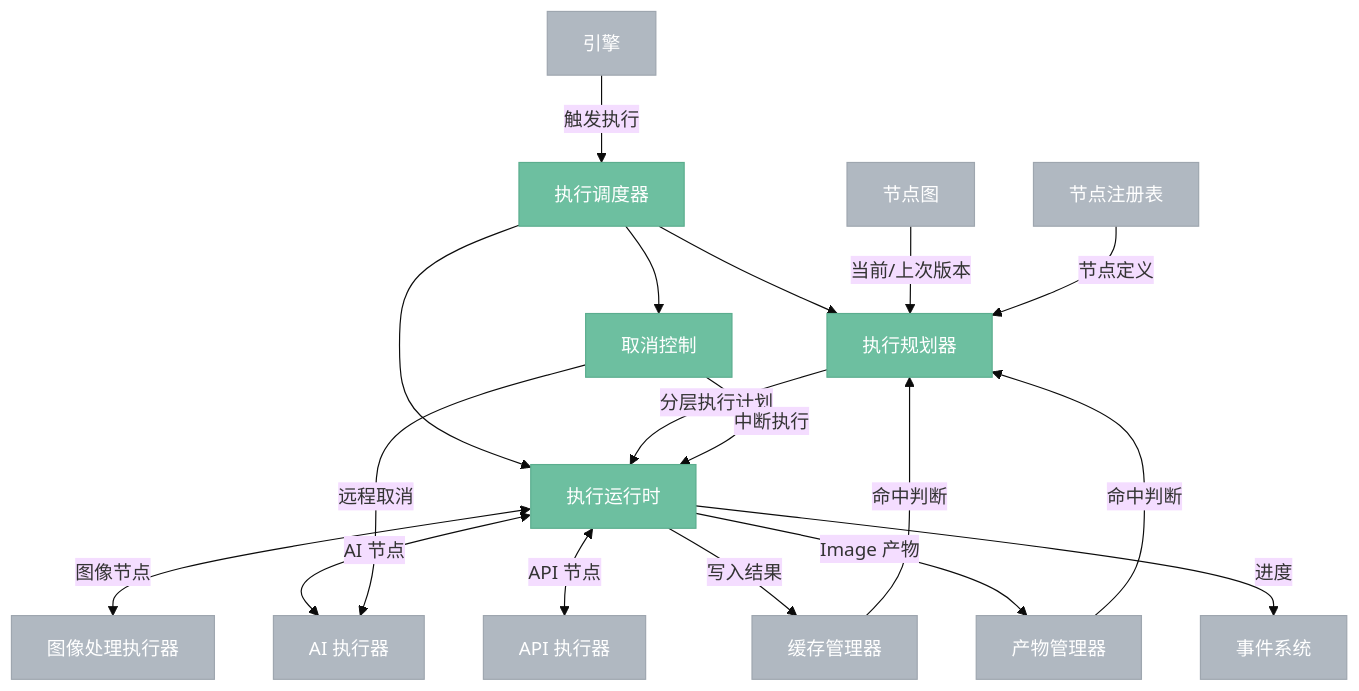
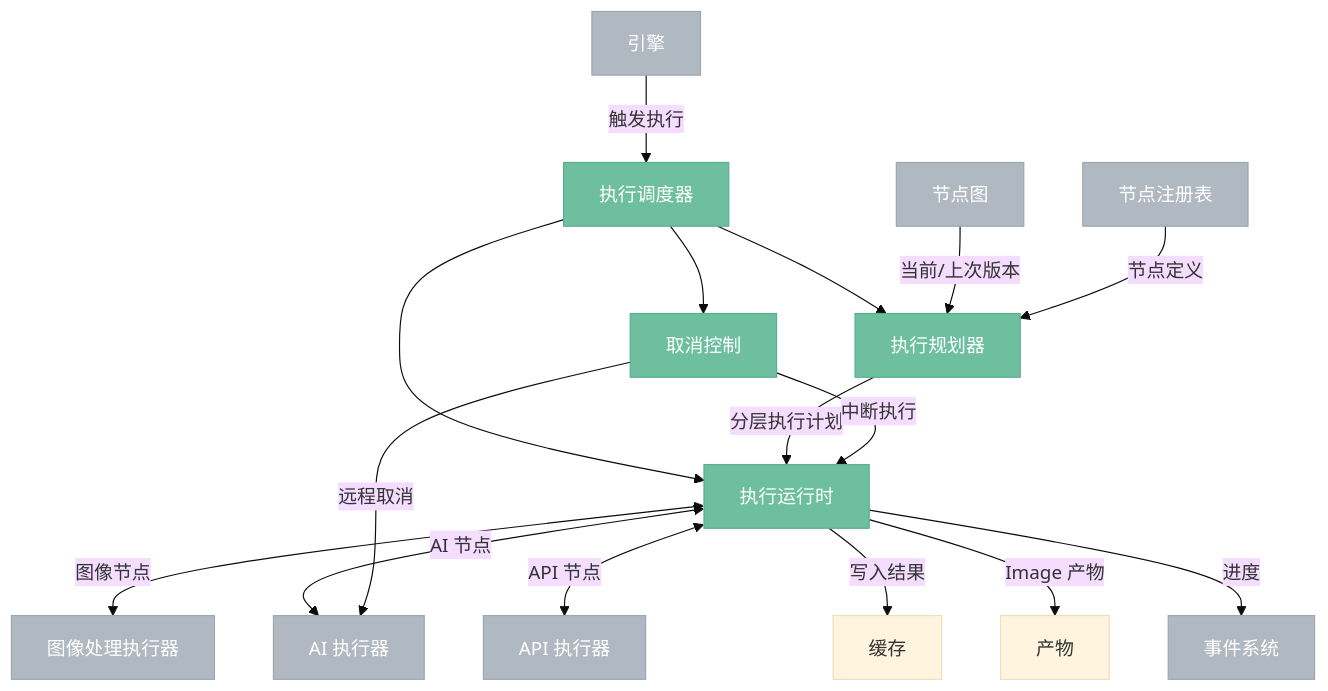
One commit to aporicho/nodeimg changed the first of 5 diagrams in docs/targetv3/401-scheduler.md. Above: the diagram before and after it, drawn with Mermaid (base theme). The commit also changed other lines of this file, not shown here.

First line of the commit message:
docs(targetv3): 执行调度器详细设计 — 规划器/运行时/取消控制

````diff
--- a/docs/targetv3/401-scheduler.md
+++ b/docs/targetv3/401-scheduler.md
@@ -7,30 +7,28 @@
 ```mermaid
 %%{ init: { 'flowchart': { 'curve': 'basis' } } }%%
 flowchart TB
     classDef internal fill:#6DBFA0,stroke:#5BAD8E,color:#fff
     classDef external fill:#B0B8C1,stroke:#9EA6AF,color:#fff
 
     引擎["引擎"]:::external -->|"触发执行"| 调度器["执行调度器"]:::internal
 
     调度器 --> 规划器["执行规划器"]:::internal
     调度器 --> 运行时["执行运行时"]:::internal
     调度器 --> 取消["取消控制"]:::internal
 
     节点图["节点图"]:::external -->|"当前/上次版本"| 规划器
-    缓存["缓存管理器"]:::external -->|"命中判断"| 规划器
-    产物["产物管理器"]:::external -->|"命中判断"| 规划器
     注册表["节点注册表"]:::external -->|"节点定义"| 规划器
 
     规划器 -->|"分层执行计划"| 运行时
 
     运行时 <-->|"图像节点"| 图像执行器["图像处理执行器"]:::external
     运行时 <-->|"AI 节点"| AI执行器["AI 执行器"]:::external
     运行时 <-->|"API 节点"| API执行器["API 执行器"]:::external
 
     运行时 -->|"写入结果"| 缓存
     运行时 -->|"Image 产物"| 产物
     运行时 -->|"进度"| 事件系统["事件系统"]:::external
 
     取消 -->|"中断执行"| 运行时
     取消 -->|"远程取消"| AI执行器
 ```
````
